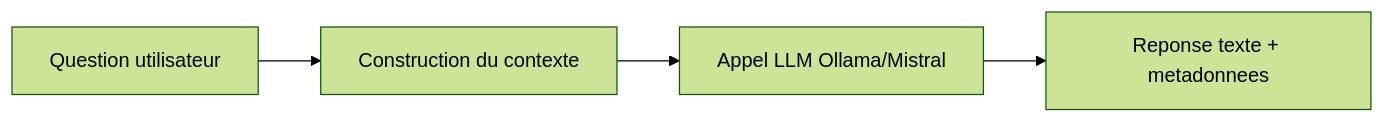
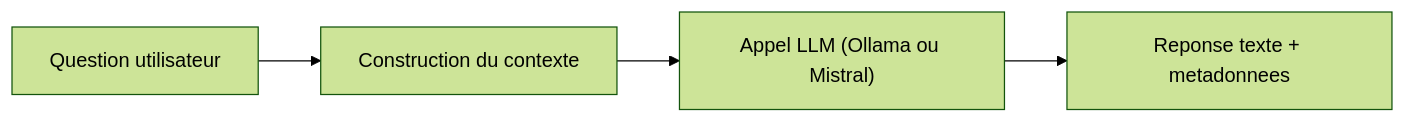
Before and after one commit to Thibault-megard1/pokedex-ai-v2: the second of 4 diagrams in docs/ia.md, drawn with Mermaid (forest theme). The commit also changed other lines of this file and 27 other files, not shown here.

````diff
--- a/docs/ia.md
+++ b/docs/ia.md
@@ -51,6 +51,6 @@
 ```mermaid
 graph LR
-	Q[Question utilisateur] --> Ctx[Construction du contexte]
-	Ctx --> LLM[Appel LLM Ollama/Mistral]
-	LLM --> Resp[Reponse texte + metadonnees]
+  Q["Question utilisateur"] --> Ctx["Construction du contexte"]
+  Ctx --> LLM["Appel LLM (Ollama ou Mistral)"]
+  LLM --> Resp["Reponse texte + metadonnees"]
 ```
````
